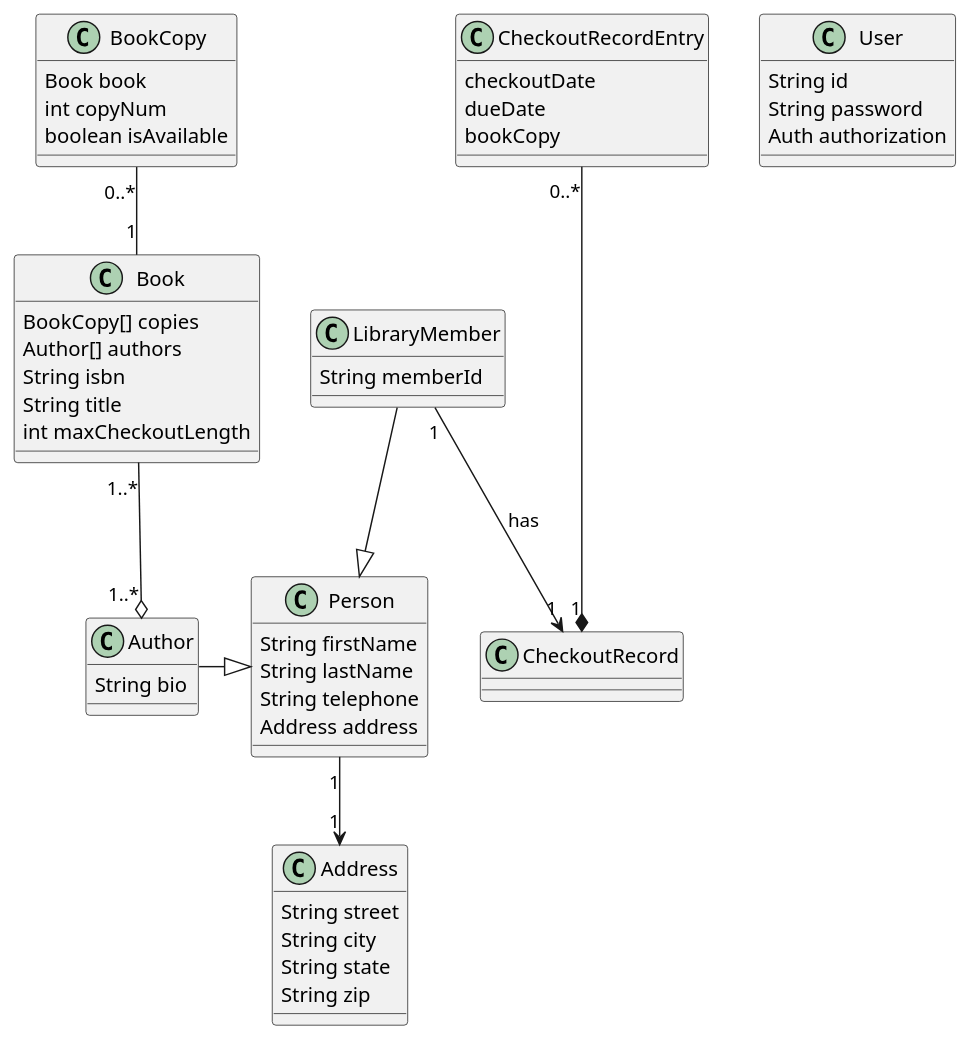
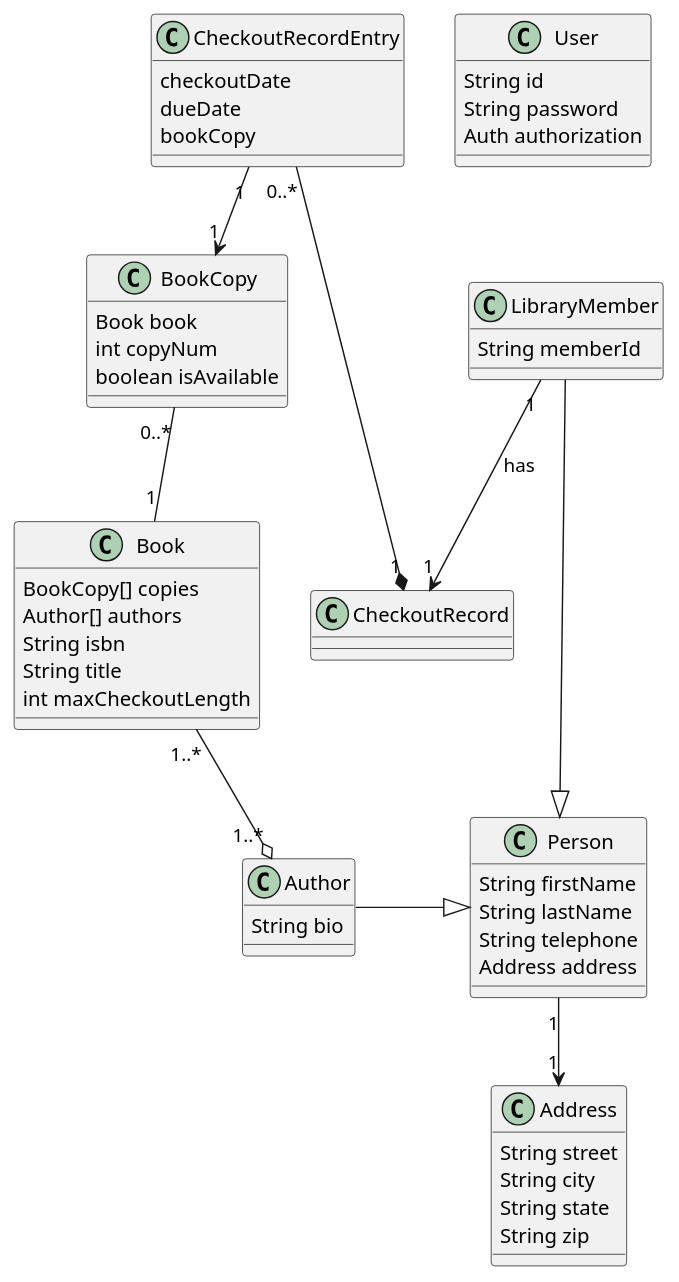
The diagram in doc/Class.puml (vohoangxuan/LibraryProject), drawn with PlantUML before and after one commit. The commit also changed 5 other files, not shown here.

```diff
--- a/doc/Class.puml
+++ b/doc/Class.puml
@@ -1,61 +1,62 @@
 @startuml
 class Person{
     String firstName
     String lastName
     String telephone
     Address address
 }
 
 class Address{
     String street
     String city
     String state
     String zip
 }
 
 class Book{
     BookCopy[] copies
     Author[] authors
     String isbn
     String title
     int maxCheckoutLength
 }
 
 class BookCopy{
     Book book
     int copyNum
     boolean isAvailable
 }
 
 class Author{
     String bio
 }
 
 class LibraryMember{
     String memberId
 }
 
 class User{
     String id
     String password
     Auth authorization
 }
 
 class CheckoutRecordEntry{
     checkoutDate
     dueDate
     bookCopy
 }
 
 class CheckoutRecord{
 
 }
 
 Person "1"-->"1" Address
 Author -r|> Person
 LibraryMember -d-|> Person
 LibraryMember "1"-d->"1" CheckoutRecord: has
 CheckoutRecordEntry "0..*"-down--*"1" CheckoutRecord
+CheckoutRecordEntry "1"-->"1" BookCopy
 Book "1..*"--o "1..*" Author
 BookCopy "0..*"--"1" Book
 @enduml
```
